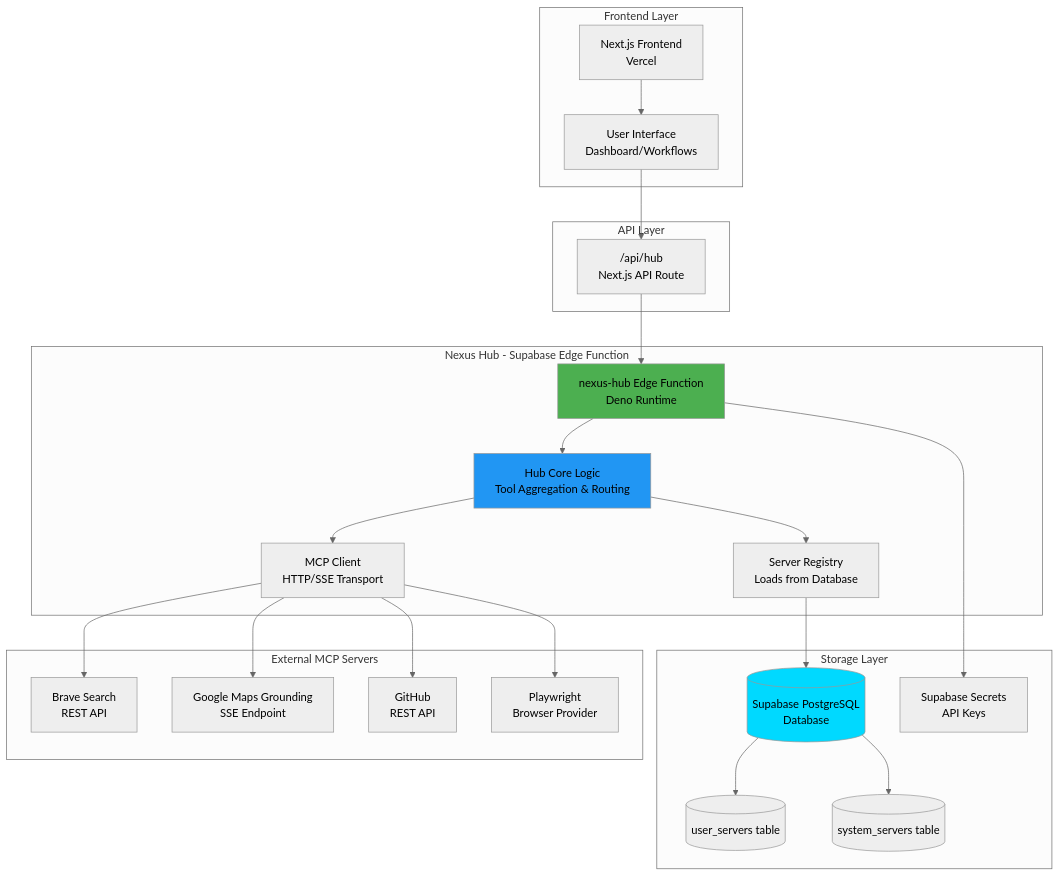
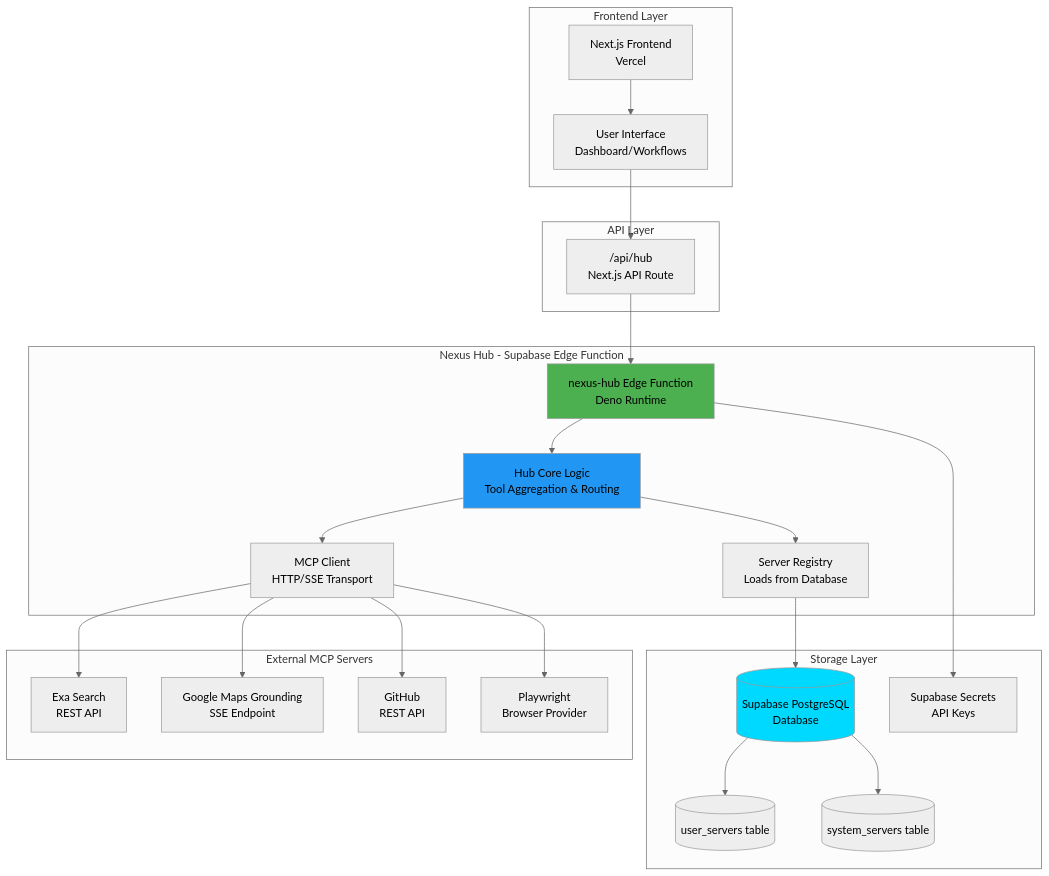
One commit to mcpmessenger/project-nexus-v2 changed the first of 5 diagrams in docs/ARCHITECTURE.md. Above: the diagram before and after it, drawn with Mermaid (neutral theme). The commit also changed other lines of this file and 23 other files, not shown here.

First line of the commit message:
Replace Brave Search with Exa Search and implement real metrics tracking

````diff
--- a/docs/ARCHITECTURE.md
+++ b/docs/ARCHITECTURE.md
@@ -9,51 +9,51 @@
 ```mermaid
 graph TB
     subgraph "Frontend Layer"
         NextJS[Next.js Frontend<br/>Vercel]
         UI[User Interface<br/>Dashboard/Workflows]
     end
     
     subgraph "API Layer"
         NextAPI["/api/hub"<br/>Next.js API Route]
     end
     
     subgraph "Nexus Hub - Supabase Edge Function"
         EdgeFunc[nexus-hub Edge Function<br/>Deno Runtime]
         HubCore[Hub Core Logic<br/>Tool Aggregation & Routing]
         ServerRegistry[Server Registry<br/>Loads from Database]
         MCPClient[MCP Client<br/>HTTP/SSE Transport]
     end
     
     subgraph "Storage Layer"
         SupabaseDB[(Supabase PostgreSQL<br/>Database)]
         UserServers[(user_servers table)]
         SystemServers[(system_servers table)]
         Secrets[Supabase Secrets<br/>API Keys]
     end
     
     subgraph "External MCP Servers"
-        Brave[Brave Search<br/>REST API]
+        Exa[Exa Search<br/>REST API]
         Maps[Google Maps Grounding<br/>SSE Endpoint]
         GitHub[GitHub<br/>REST API]
         Playwright[Playwright<br/>Browser Provider]
     end
     
     NextJS --> UI
     UI --> NextAPI
     NextAPI --> EdgeFunc
     EdgeFunc --> HubCore
     HubCore --> ServerRegistry
     HubCore --> MCPClient
     ServerRegistry --> SupabaseDB
     SupabaseDB --> UserServers
     SupabaseDB --> SystemServers
     EdgeFunc --> Secrets
-    MCPClient --> Brave
+    MCPClient --> Exa
     MCPClient --> Maps
     MCPClient --> GitHub
     MCPClient --> Playwright
     
     style EdgeFunc fill:#4CAF50
     style HubCore fill:#2196F3
     style SupabaseDB fill:#00D9FF
 ```
````
